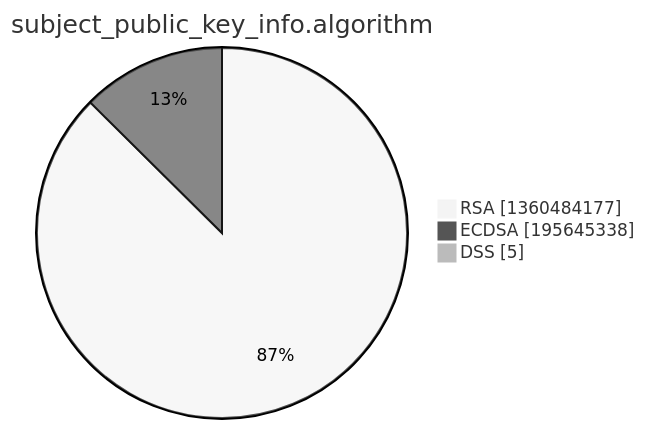
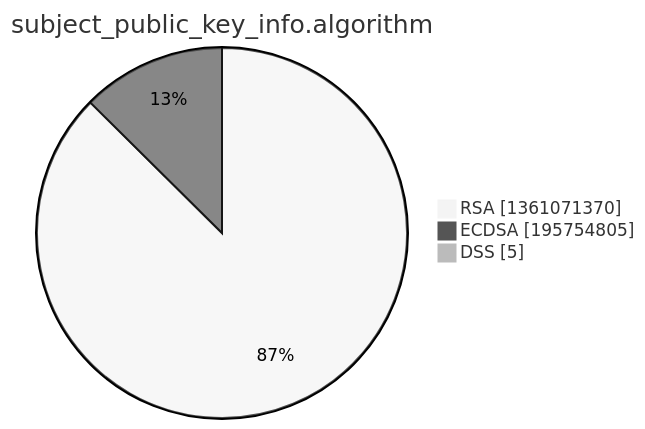
One commit to christiankrug/ctmonitor_visualization changed the third of 15 diagrams in xenon2022/README.md. Above: the diagram before and after it, drawn with Mermaid (neutral theme). The commit also changed other lines of this file, not shown here.

````diff
--- a/xenon2022/README.md
+++ b/xenon2022/README.md
@@ -14,7 +14,7 @@
 ```mermaid
 pie showData
 title subject_public_key_info.algorithm
-"RSA" :1360484177
-"ECDSA" :195645338
+"RSA" :1361071370
+"ECDSA" :195754805
 "DSS" :5
 ```
````
